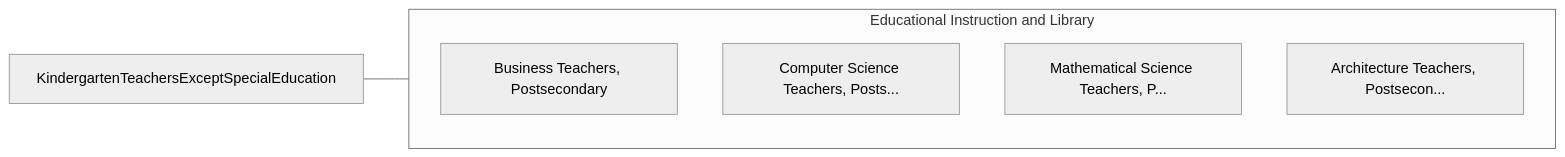
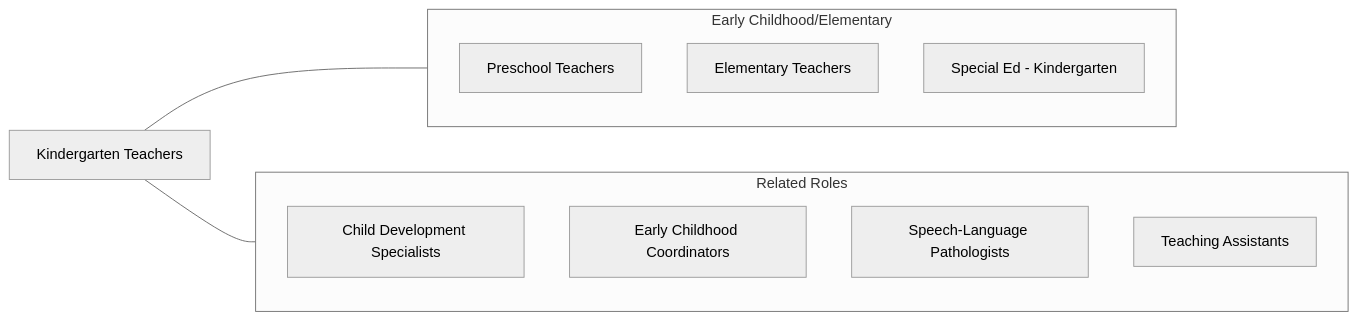
One commit to kziemski/business.org.ai changed the fourth of 4 diagrams in occupations/Education/KindergartenTeachersExceptSpecialEducation.mdx. Above: the diagram before and after it, drawn with Mermaid (neutral theme). The commit also changed other lines of this file and 938 other files, not shown here.

````diff
--- a/occupations/Education/KindergartenTeachersExceptSpecialEducation.mdx
+++ b/occupations/Education/KindergartenTeachersExceptSpecialEducation.mdx
@@ -110,13 +165,20 @@
 ```mermaid
 graph LR
-    Current["KindergartenTeachersExceptSpecialEducation"]
+    Current["Kindergarten Teachers"]
 
-    subgraph SameCategory["Educational Instruction and Library"]
-        BusinessTeachersPost["Business Teachers, Postsecondary"]
-        ComputerScienceTeach["Computer Science Teachers, Posts..."]
-        MathematicalScienceT["Mathematical Science Teachers, P..."]
-        ArchitectureTeachers["Architecture Teachers, Postsecon..."]
+    subgraph SameCategory["Early Childhood/Elementary"]
+        Preschool["Preschool Teachers"]
+        Elementary["Elementary Teachers"]
+        SpEdK["Special Ed - Kindergarten"]
+    end
+
+    subgraph CrossFunctional["Related Roles"]
+        ChildDev["Child Development Specialists"]
+        ECCoord["Early Childhood Coordinators"]
+        SLP["Speech-Language Pathologists"]
+        TA["Teaching Assistants"]
     end
 
     Current --- SameCategory
+    Current --- CrossFunctional
 ```
````
